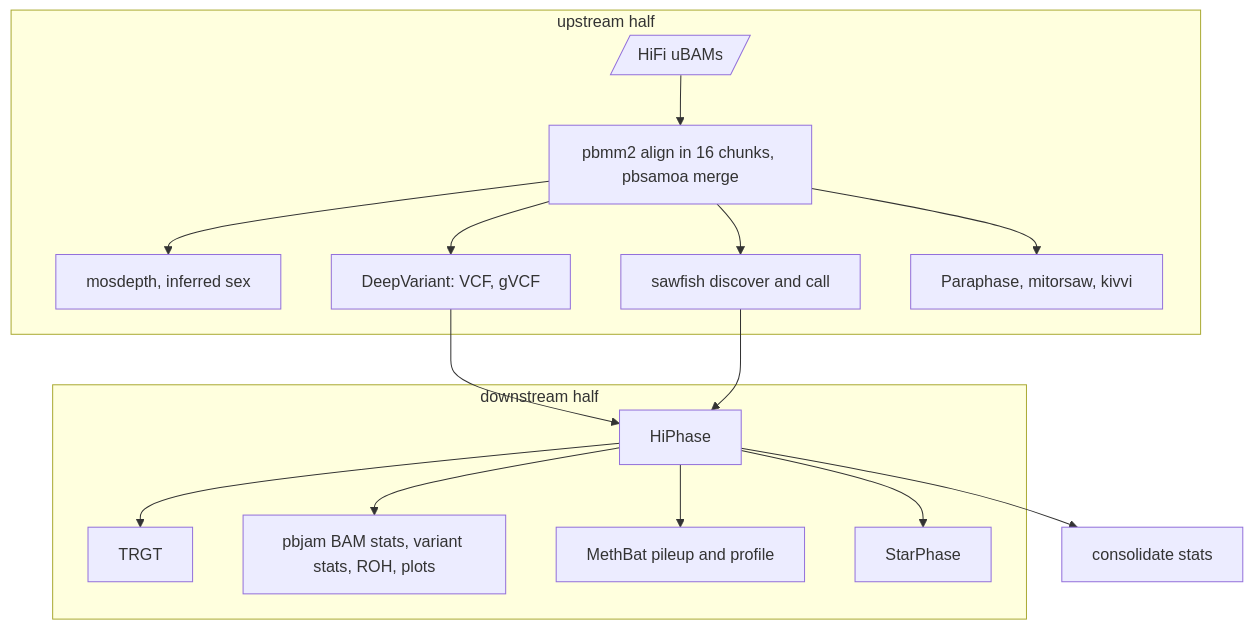
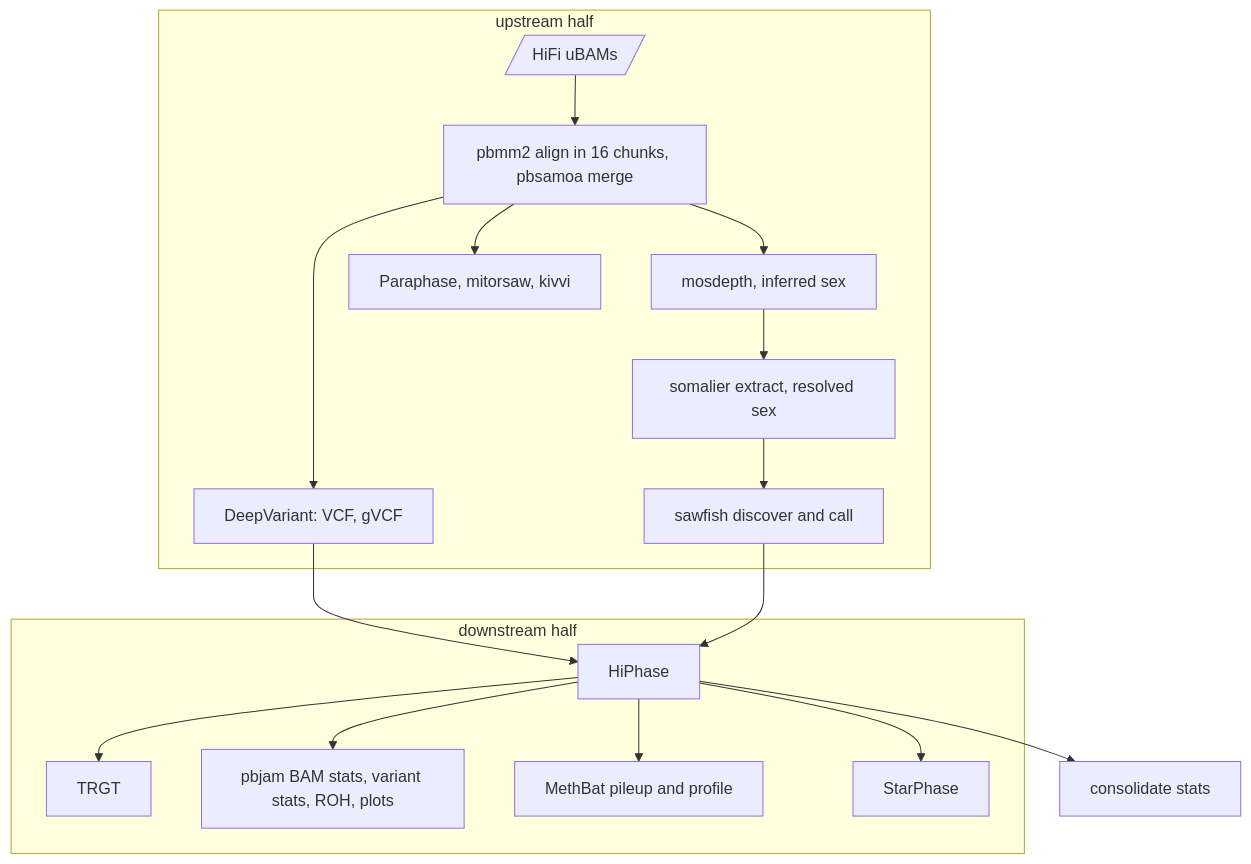
Before and after one commit to UppsalaGenomeCenter/ugc-wgw: the first of 11 diagrams in docs/guide/08-stages.md, drawn with Mermaid. The commit also changed other lines of this file and 73 other files, not shown here.

````diff
--- a/docs/guide/08-stages.md
+++ b/docs/guide/08-stages.md
@@ -32,19 +32,20 @@
 ```mermaid
 flowchart TD
   subgraph a["upstream half"]
     ubam[/"HiFi uBAMs"/] --> pbmm2["pbmm2 align in 16 chunks, pbsamoa merge"]
     pbmm2 --> mos["mosdepth, inferred sex"]
+    mos --> sex["somalier extract, resolved sex"]
     pbmm2 --> dv["DeepVariant: VCF, gVCF"]
-    pbmm2 --> sd["sawfish discover and call"]
+    sex --> sd["sawfish discover and call"]
     pbmm2 --> pm["Paraphase, mitorsaw, kivvi"]
   end
   subgraph b["downstream half"]
     hp["HiPhase"] --> trgt["TRGT"]
     hp --> st["pbjam BAM stats, variant stats, ROH, plots"]
     hp --> cpg["MethBat pileup and profile"]
     hp --> pgx["StarPhase"]
   end
   dv --> hp
   sd --> hp
   hp --> cs["consolidate stats"]
 ```
````
